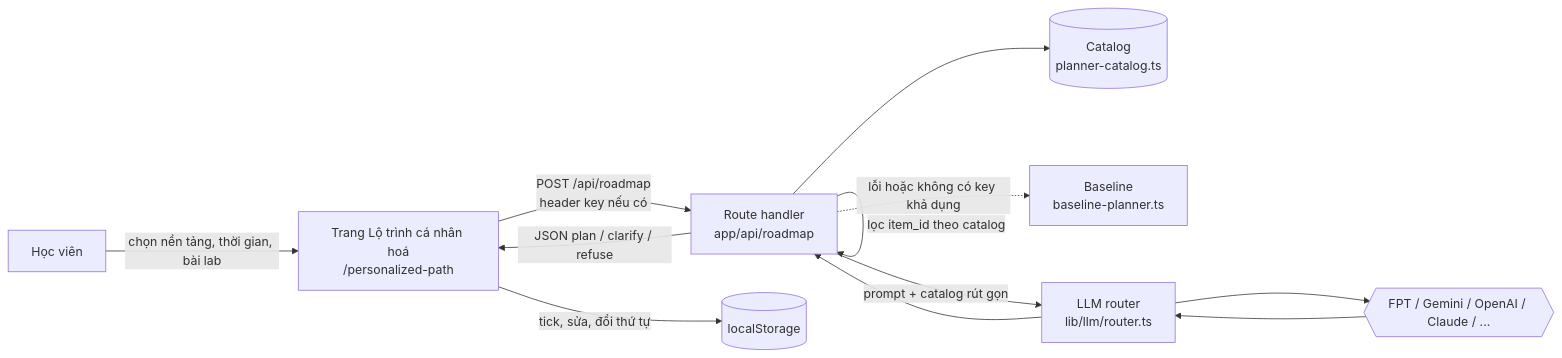
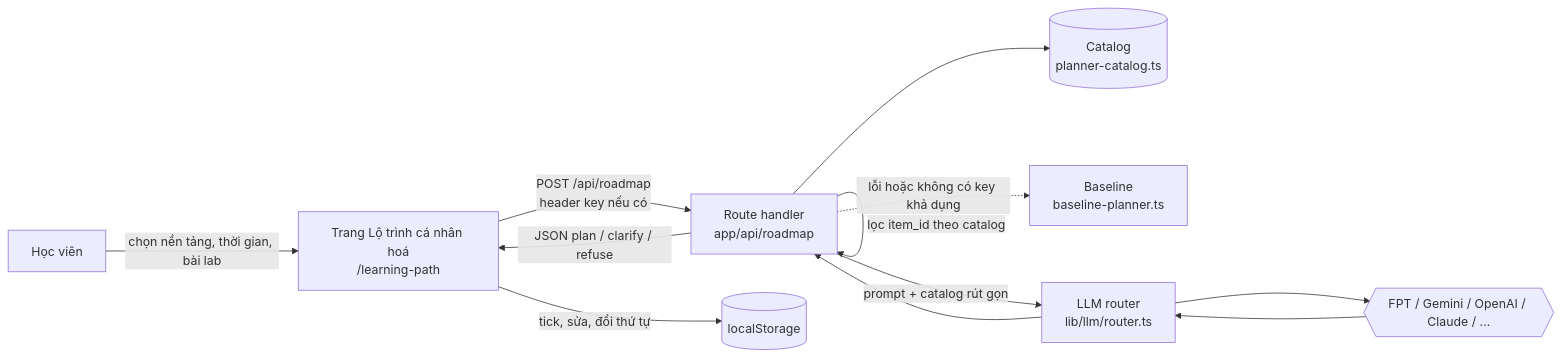
One commit to Dokhacgiakhoa/K4-3A-e403-Vinonymus changed the diagram in docs/02-kien-truc.md. Above: the diagram before and after it, drawn with Mermaid. The commit also changed other lines of this file and 21 other files, not shown here.

Commit message:
feat: add demo role accounts and move learning path behind login

````diff
--- a/docs/02-kien-truc.md
+++ b/docs/02-kien-truc.md
@@ -7,14 +7,14 @@
 ```mermaid
 flowchart LR
-    U[Học viên] -->|chọn nền tảng, thời gian, bài lab| W[Trang Lộ trình cá nhân hoá<br/>/personalized-path]
+    U[Học viên] -->|chọn nền tảng, thời gian, bài lab| W[Trang Lộ trình cá nhân hoá<br/>/learning-path]
     W -->|POST /api/roadmap<br/>header key nếu có| R[Route handler<br/>app/api/roadmap]
     R -->|validate zod| R
     R --> C[(Catalog<br/>planner-catalog.ts)]
     R -->|prompt + catalog rút gọn| L[LLM router<br/>lib/llm/router.ts]
     L --> P{{FPT / Gemini / OpenAI / Claude / ...}}
     P --> L --> R
     R -->|lọc item_id theo catalog| R
     R -->|JSON plan / clarify / refuse| W
     R -.lỗi hoặc không có key khả dụng.-> B[Baseline<br/>baseline-planner.ts]
     W -->|tick, sửa, đổi thứ tự| S[(localStorage)]
 ```
````
